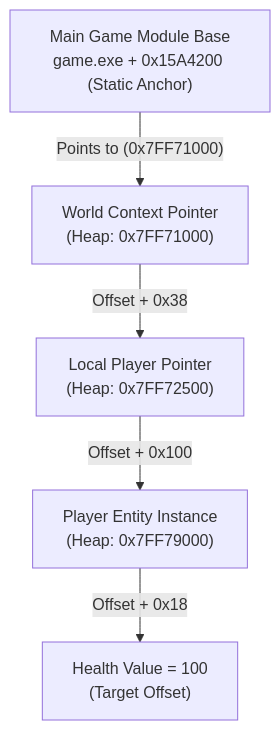
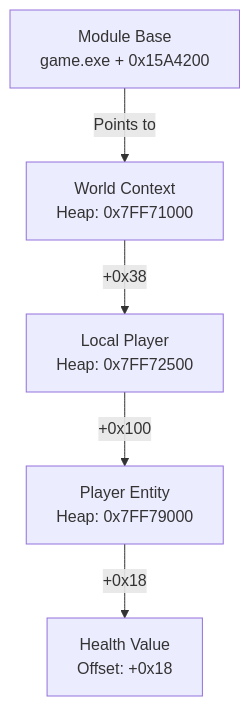
One commit to DaddyZyn/Cyber-security-notes changed the first of 2 diagrams in topics/20-memory-structures-pointers-and-heap-analysis/README.md. Above: the diagram before and after it, drawn with Mermaid. The commit also changed other lines of this file and 7 other files, not shown here.

Commit message:
fix: reformat all diagrams in modules 20-27 with ultra-short line wrapping to prevent GitHub SVG text clipping

````diff
--- a/topics/20-memory-structures-pointers-and-heap-analysis/README.md
+++ b/topics/20-memory-structures-pointers-and-heap-analysis/README.md
@@ -32,8 +32,13 @@
 ```mermaid
 flowchart TD
-    Module["Main Game Module Base<br/>game.exe + 0x15A4200 (Static Anchor)"]
-    Module -->|"Points to (0x7FF71000)"| Ptr1["World Context Pointer<br/>(Heap: 0x7FF71000)"]
-    Ptr1 -->|"Offset + 0x38"| Ptr2["Local Player Pointer<br/>(Heap: 0x7FF72500)"]
-    Ptr2 -->|"Offset + 0x100"| Entity["Player Entity Instance<br/>(Heap: 0x7FF79000)"]
-    Entity -->|"Offset + 0x18"| Health["Health Value = 100<br/>(Target Offset)"]
+    Module["Module Base<br/>game.exe + 0x15A4200"]
+    Ptr1["World Context<br/>Heap: 0x7FF71000"]
+    Ptr2["Local Player<br/>Heap: 0x7FF72500"]
+    Entity["Player Entity<br/>Heap: 0x7FF79000"]
+    Health["Health Value<br/>Offset: +0x18"]
+
+    Module -->|Points to| Ptr1
+    Ptr1 -->|+0x38| Ptr2
+    Ptr2 -->|+0x100| Entity
+    Entity -->|+0x18| Health
 ```
````
